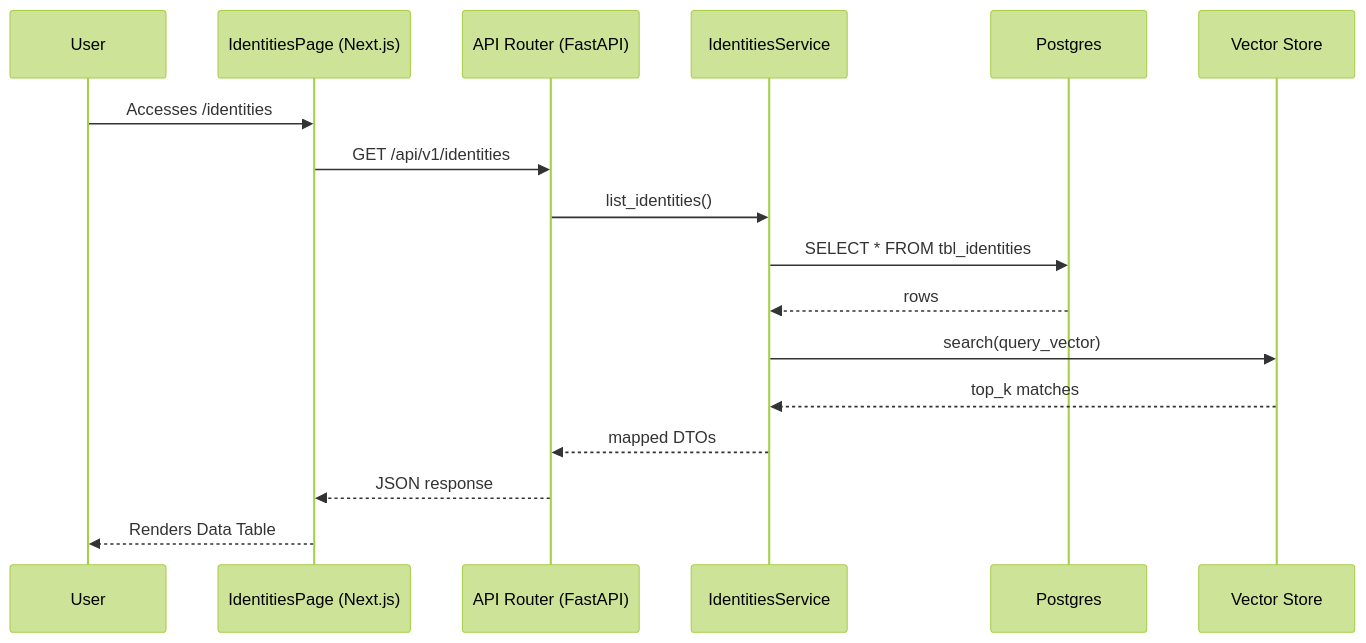
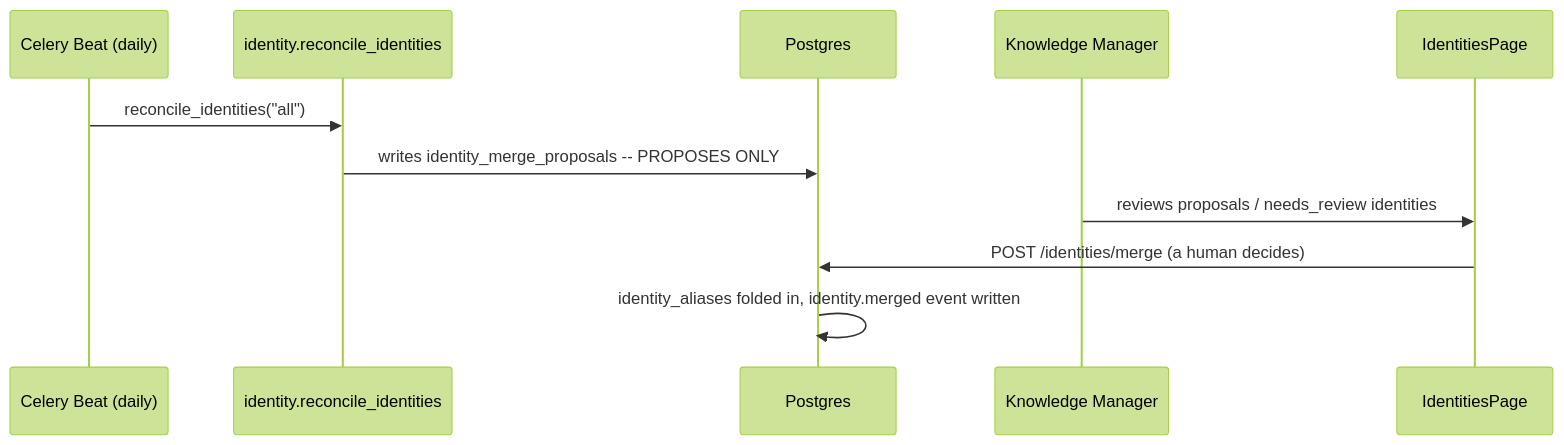
Diagram 16 of 26 in docs/11_UI_Tabs_Explanation.md (Valuedx/ContextEdge), drawn with Mermaid (forest theme) before and after one commit. The commit also changed other lines of this file and 48 other files, not shown here.

````diff
--- a/docs/11_UI_Tabs_Explanation.md
+++ b/docs/11_UI_Tabs_Explanation.md
@@ -1355,20 +1521,14 @@
 ```mermaid
 sequenceDiagram
-    participant User
-    participant Frontend as IdentitiesPage (Next.js)
-    participant API as API Router (FastAPI)
-    participant Service as IdentitiesService
+    participant Beat as Celery Beat (daily)
+    participant Task as identity.reconcile_identities
     participant DB as Postgres
-    participant Vector as Vector Store
-    
-    User->>Frontend: Accesses /identities
-    Frontend->>API: GET /api/v1/identities
-    API->>Service: list_identities()
-    Service->>DB: SELECT * FROM tbl_identities
-    DB-->>Service: rows
-    Service->>Vector: search(query_vector)
-    Vector-->>Service: top_k matches
-    Service-->>API: mapped DTOs
-    API-->>Frontend: JSON response
-    Frontend-->>User: Renders Data Table
+    participant KM as Knowledge Manager
+    participant Page as IdentitiesPage
+
+    Beat->>Task: reconcile_identities("all")
+    Task->>DB: writes identity_merge_proposals -- PROPOSES ONLY
+    KM->>Page: reviews proposals / needs_review identities
+    Page->>DB: POST /identities/merge  (a human decides)
+    DB->>DB: identity_aliases folded in, identity.merged event written
 ```
````
